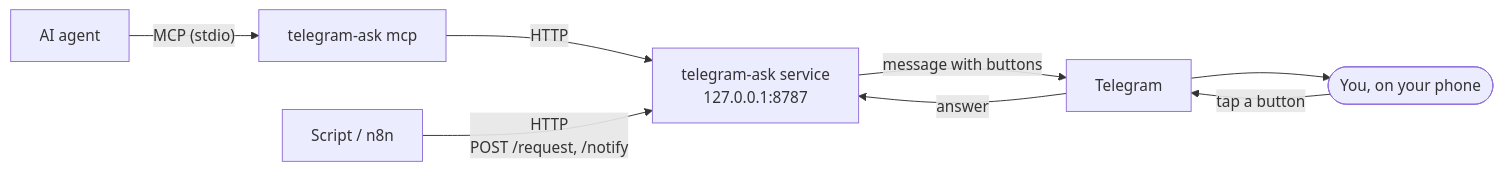
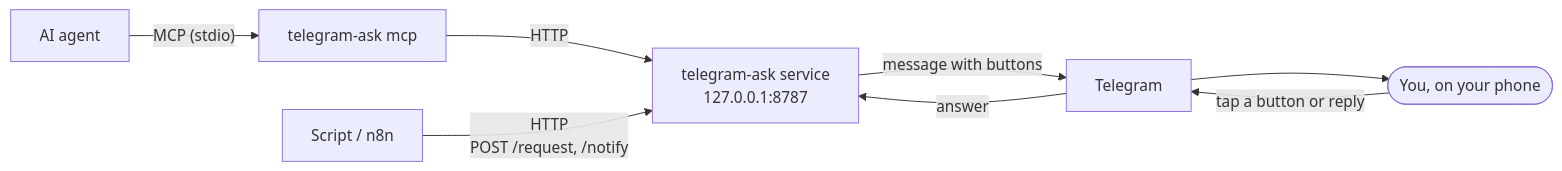
The diagram in README.md (actions-marketplace-validations/bithyte_jaypost), drawn with Mermaid before and after one commit. The commit also changed other lines of this file and 40 other files, not shown here.

````diff
--- a/README.md
+++ b/README.md
@@ -35,10 +35,10 @@
 ```mermaid
 flowchart LR
     agent["AI agent"] -- "MCP (stdio)" --> mcp["telegram-ask mcp"]
     mcp -- HTTP --> svc
     script["Script / n8n"] -- "HTTP<br>POST /request, /notify" --> svc["telegram-ask service<br>127.0.0.1:8787"]
     svc -- "message with buttons" --> tg["Telegram"]
     tg --> you(["You, on your phone"])
-    you -- "tap a button" --> tg
+    you -- "tap a button or reply" --> tg
     tg -- answer --> svc
 ```
````
